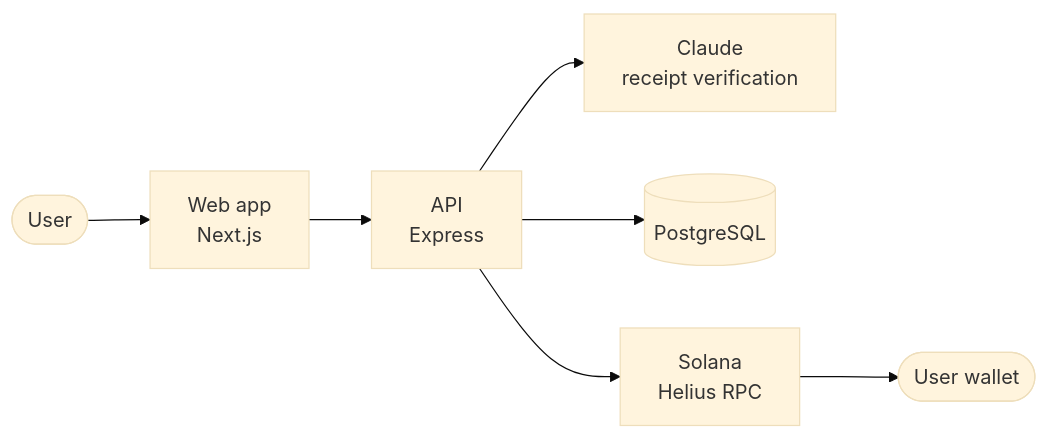
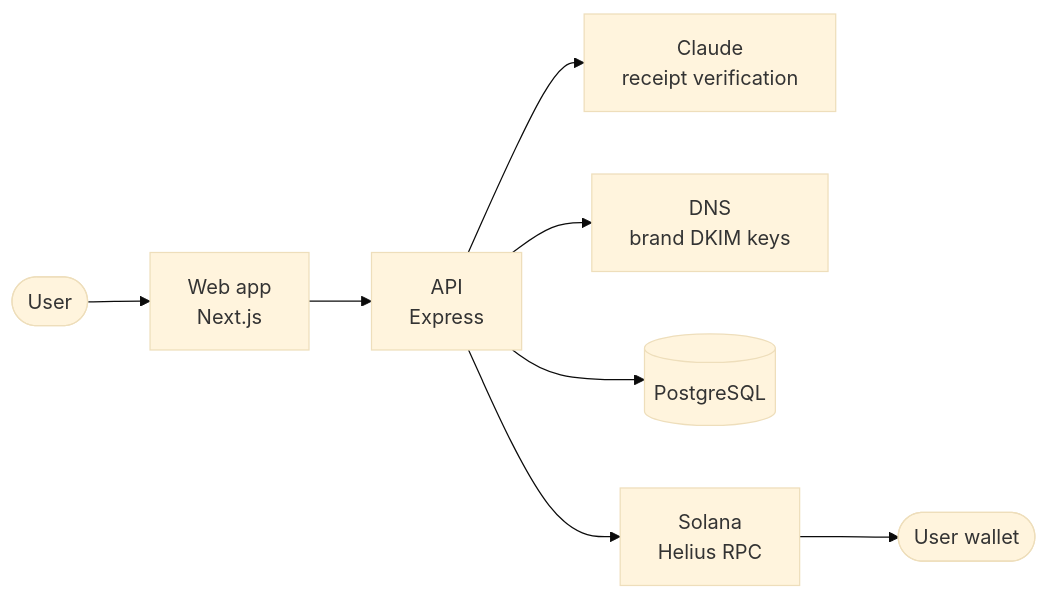
The diagram in README.md (noobshole/stackd), drawn with Mermaid (base theme) before and after one commit. The commit also changed other lines of this file and 15 other files, not shown here.

First line of the commit message:
Accept receipt emails verified by the brand's DKIM signature

````diff
--- a/README.md
+++ b/README.md
@@ -70,9 +76,10 @@
 ```mermaid
 flowchart LR
   User(["User"]) --> Web["Web app<br/>Next.js"]
   Web --> API["API<br/>Express"]
   API --> Claude["Claude<br/>receipt verification"]
+  API --> DNS["DNS<br/>brand DKIM keys"]
   API --> DB[("PostgreSQL")]
   API --> RPC["Solana<br/>Helius RPC"]
   RPC --> Wallet(["User wallet"])
 ```
````
